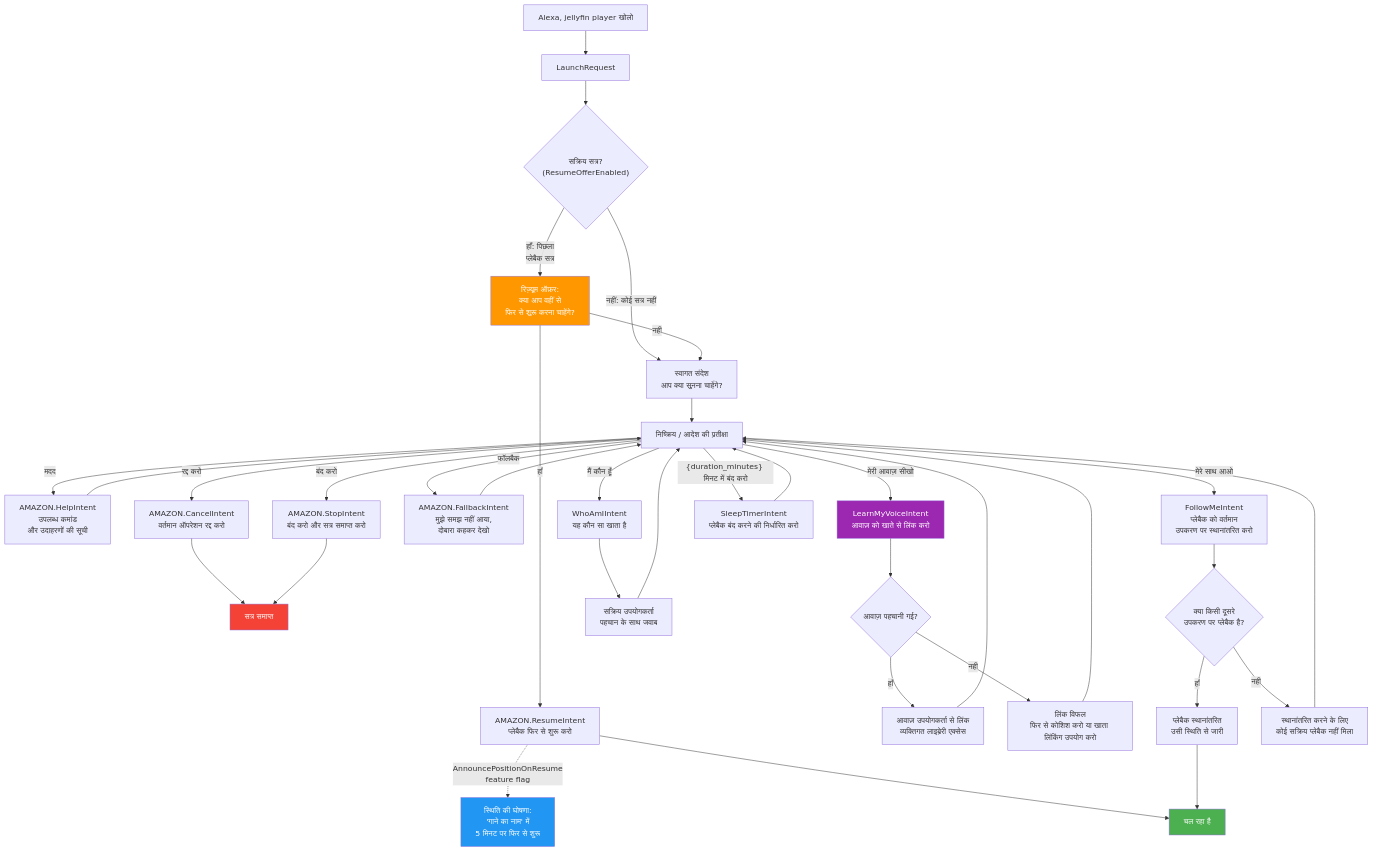
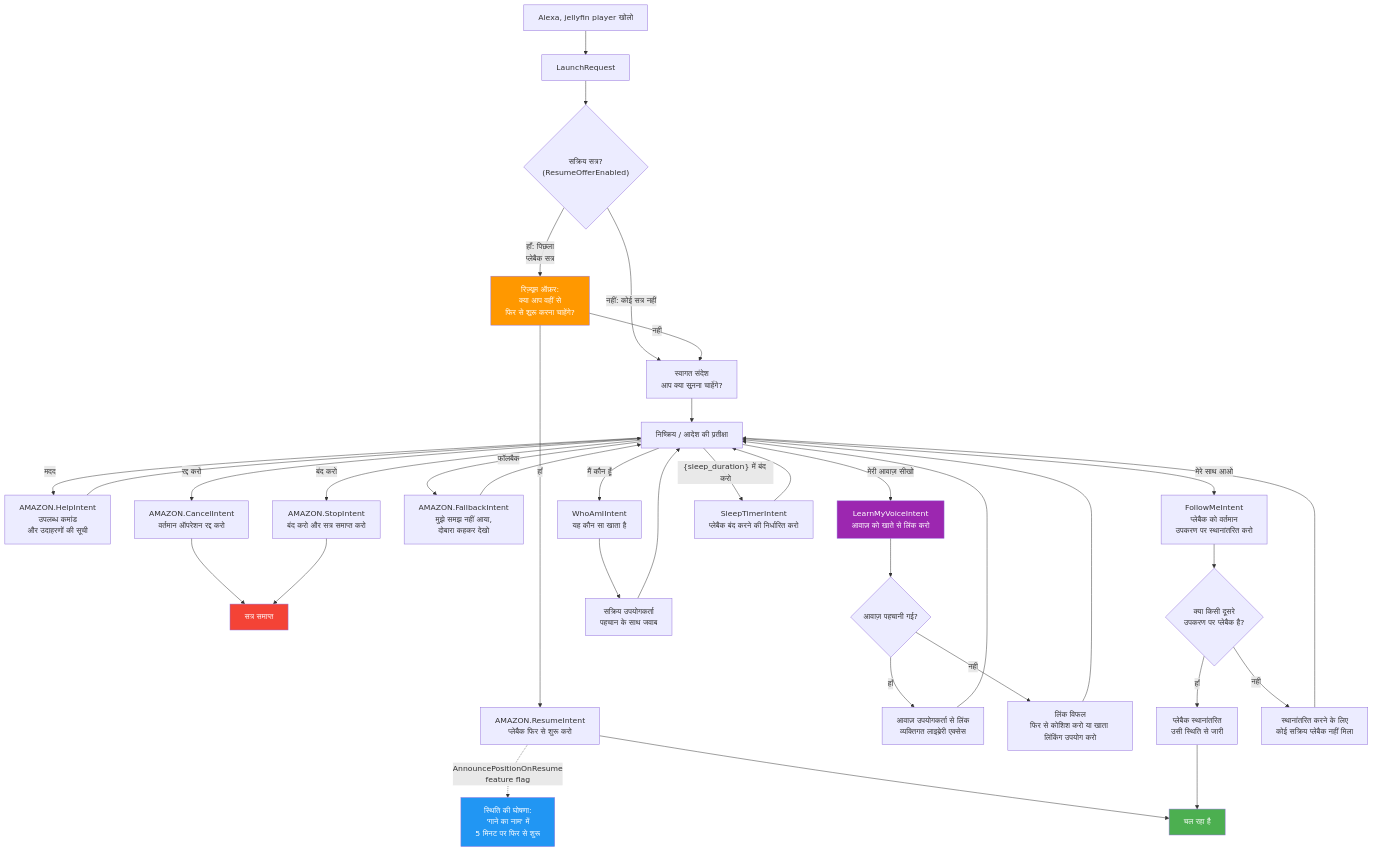
One commit to paoloantinori/jellyfin-alexa-plugin changed the diagram in docs/session-management-hi-IN.md. Above: the diagram before and after it, drawn with Mermaid. The commit also changed 94 other files, not shown here.

````diff
--- a/docs/session-management-hi-IN.md
+++ b/docs/session-management-hi-IN.md
@@ -3,56 +3,56 @@
 ```mermaid
 graph TD
     Open["Alexa, jellyfin player खोलो"] --> LaunchRequest["LaunchRequest"]
 
     LaunchRequest --> HasSession{"सक्रिय सत्र?<br/>(ResumeOfferEnabled)"}
 
     HasSession -->|"हाँ: पिछला<br/>प्लेबैक सत्र"| ResumeOffer["रिज़्यूम ऑफ़र:<br/>क्या आप वहीं से<br/>फिर से शुरू करना चाहेंगे?"]
     HasSession -->|"नहीं: कोई सत्र नहीं"| Welcome["स्वागत संदेश<br/>आप क्या सुनना चाहेंगे?"]
 
     ResumeOffer -->|"हाँ"| ResumePlay["AMAZON.ResumeIntent<br/>प्लेबैक फिर से शुरू करो"]
     ResumeOffer -->|"नहीं"| Welcome
 
     ResumePlay -.->|"AnnouncePositionOnResume<br/>feature flag"| PositionAnnounce["स्थिति की घोषणा:<br/>'गाने का नाम' में<br/>5 मिनट पर फिर से शुरू"]
     ResumePlay --> Playing["चल रहा है"]
 
     Welcome --> Idle["निष्क्रिय / आदेश की प्रतीक्षा"]
 
     Idle -->|"मदद"| Help["AMAZON.HelpIntent<br/>उपलब्ध कमांड<br/>और उदाहरणों की सूची"]
     Idle -->|"रद्द करो"| Cancel["AMAZON.CancelIntent<br/>वर्तमान ऑपरेशन रद्द करो"]
     Idle -->|"बंद करो"| Stop["AMAZON.StopIntent<br/>बंद करो और सत्र समाप्त करो"]
     Idle -->|"फॉलबैक"| Fallback["AMAZON.FallbackIntent<br/>मुझे समझ नहीं आया,<br/>दोबारा कहकर देखो"]
 
     Help --> Idle
     Cancel --> EndSession["सत्र समाप्त"]
     Stop --> EndSession
     Fallback --> Idle
 
     Idle -->|"मेरी आवाज़ सीखो"| VoiceLink["LearnMyVoiceIntent<br/>आवाज़ को खाते से लिंक करो"]
     VoiceLink --> VoiceResult{"आवाज़ पहचानी गई?"}
     VoiceResult -->|"हाँ"| Linked["आवाज़ उपयोगकर्ता से लिंक<br/>व्यक्तिगत लाइब्रेरी एक्सेस"]
     VoiceResult -->|"नहीं"| LinkFailed["लिंक विफल<br/>फिर से कोशिश करो या खाता लिंकिंग उपयोग करो"]
 
     Linked --> Idle
     LinkFailed --> Idle
 
     Idle -->|"मैं कौन हूँ"| WhoAmI["WhoAmIIntent<br/>यह कौन सा खाता है"]
     WhoAmI --> IdentityResp["सक्रिय उपयोगकर्ता<br/>पहचान के साथ जवाब"]
     IdentityResp --> Idle
 
     Idle -->|"मेरे साथ आओ"| FollowMe["FollowMeIntent<br/>प्लेबैक को वर्तमान<br/>उपकरण पर स्थानांतरित करो"]
     FollowMe --> FollowTransfer{"क्या किसी दूसरे<br/>उपकरण पर प्लेबैक है?"}
     FollowTransfer -->|"हाँ"| TransferOK["प्लेबैक स्थानांतरित<br/>उसी स्थिति से जारी"]
     FollowTransfer -->|"नहीं"| NoTransfer["स्थानांतरित करने के लिए<br/>कोई सक्रिय प्लेबैक नहीं मिला"]
 
     TransferOK --> Playing
     NoTransfer --> Idle
 
-    Idle -->|"{duration_minutes} मिनट में बंद करो"| Sleep["SleepTimerIntent<br/>प्लेबैक बंद करने की निर्धारित करो"]
+    Idle -->|"{sleep_duration} में बंद करो"| Sleep["SleepTimerIntent<br/>प्लेबैक बंद करने की निर्धारित करो"]
     Sleep --> Idle
 
     style Playing fill:#4CAF50,color:#fff
     style EndSession fill:#f44336,color:#fff
     style VoiceLink fill:#9C27B0,color:#fff
     style ResumeOffer fill:#FF9800,color:#fff
     style PositionAnnounce fill:#2196F3,color:#fff
 ```
````
